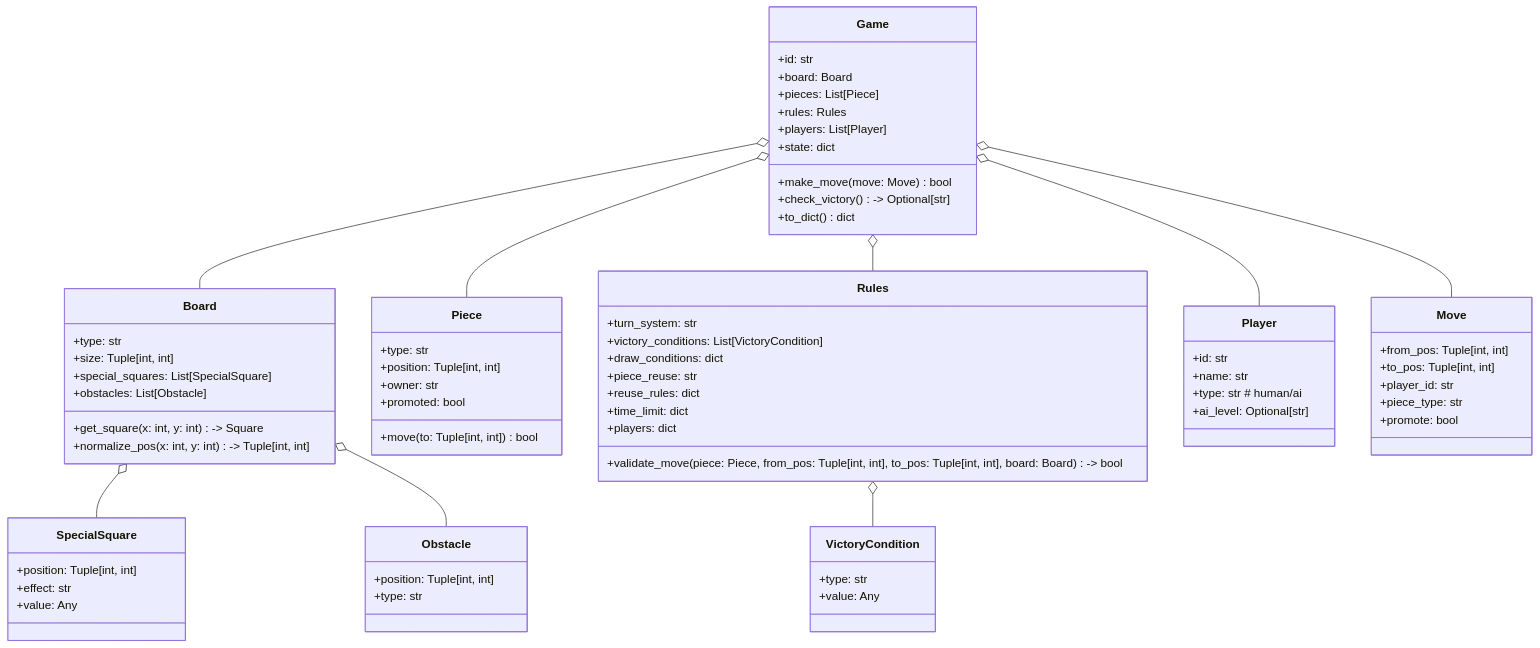
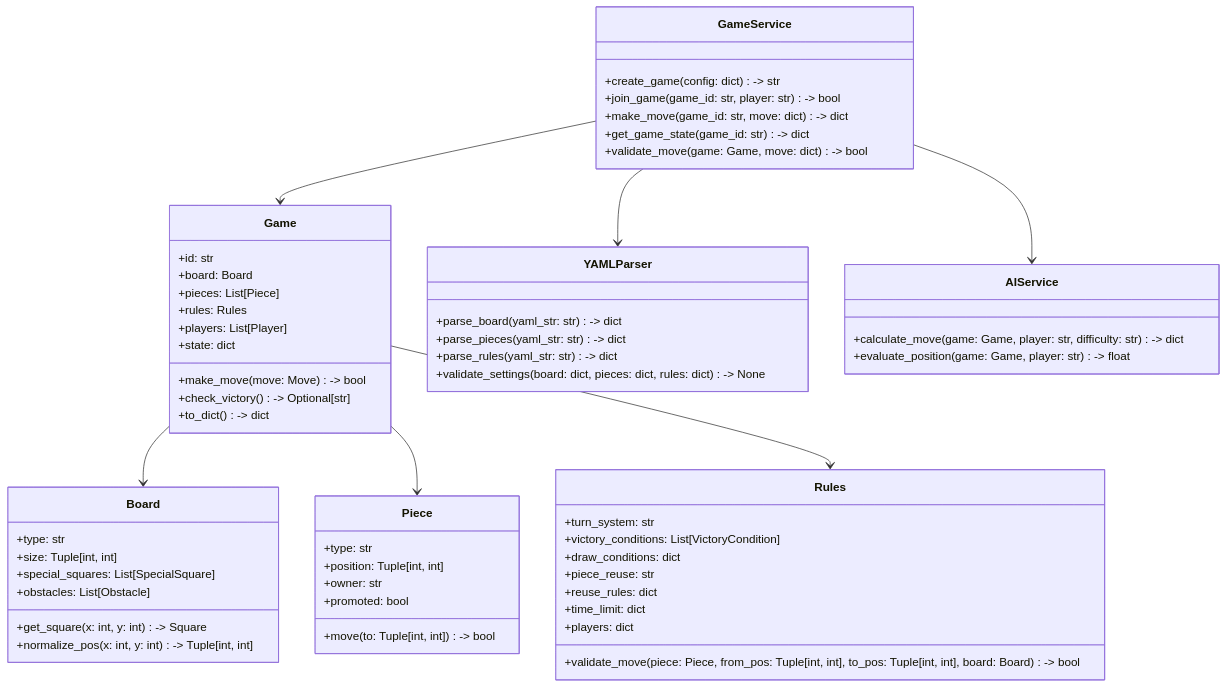
One commit to ikokeba/FelxiBoard changed the fifth of 5 diagrams in specifications/02_system_architecture.md. Above: the diagram before and after it, drawn with Mermaid. The commit also changed other lines of this file and 6 other files, not shown here.

````diff
--- a/specifications/02_system_architecture.md
+++ b/specifications/02_system_architecture.md
@@ -87,74 +202,69 @@
 ```mermaid
 classDiagram
-  class Game {
-    +id: str
-    +board: Board
-    +pieces: List[Piece]
-    +rules: Rules
-    +players: List[Player]
-    +state: dict
-    +make_move(move: Move) bool
-    +check_victory() -> Optional[str]
-    +to_dict() dict
-  }
-  class Board {
-    +type: str
-    +size: Tuple[int, int]
-    +special_squares: List[SpecialSquare]
-    +obstacles: List[Obstacle]
-    +get_square(x: int, y: int) -> Square
-    +normalize_pos(x: int, y: int) -> Tuple[int, int]
-  }
-  class Piece {
-    +type: str
-    +position: Tuple[int, int]
-    +owner: str
-    +promoted: bool
-    +move(to: Tuple[int, int]) bool
-  }
-  class Rules {
-    +turn_system: str
-    +victory_conditions: List[VictoryCondition]
-    +draw_conditions: dict
-    +piece_reuse: str
-    +reuse_rules: dict
-    +time_limit: dict
-    +players: dict
-    +validate_move(piece: Piece, from_pos: Tuple[int, int], to_pos: Tuple[int, int], board: Board) -> bool
-  }
-  class Player {
-    +id: str
-    +name: str
-    +type: str # human/ai
-    +ai_level: Optional[str]
-  }
-  class Move {
-    +from_pos: Tuple[int, int]
-    +to_pos: Tuple[int, int]
-    +player_id: str
-    +piece_type: str
-    +promote: bool
-  }
-  class SpecialSquare {
-    +position: Tuple[int, int]
-    +effect: str
-    +value: Any
-  }
-  class Obstacle {
-    +position: Tuple[int, int]
-    +type: str
-  }
-  class VictoryCondition {
-    +type: str
-    +value: Any
-  }
-
-  Game o-- Board
-  Game o-- Piece
-  Game o-- Rules
-  Game o-- Player
-  Game o-- Move
-  Board o-- SpecialSquare
-  Board o-- Obstacle
-  Rules o-- VictoryCondition
+    class GameService {
+        +create_game(config: dict) -> str
+        +join_game(game_id: str, player: str) -> bool
+        +make_move(game_id: str, move: dict) -> dict
+        +get_game_state(game_id: str) -> dict
+        +validate_move(game: Game, move: dict) -> bool
+    }
+    
+    class Game {
+        +id: str
+        +board: Board
+        +pieces: List[Piece]
+        +rules: Rules
+        +players: List[Player]
+        +state: dict
+        +make_move(move: Move) -> bool
+        +check_victory() -> Optional[str]
+        +to_dict() -> dict
+    }
+    
+    class Board {
+        +type: str
+        +size: Tuple[int, int]
+        +special_squares: List[SpecialSquare]
+        +obstacles: List[Obstacle]
+        +get_square(x: int, y: int) -> Square
+        +normalize_pos(x: int, y: int) -> Tuple[int, int]
+    }
+    
+    class Piece {
+        +type: str
+        +position: Tuple[int, int]
+        +owner: str
+        +promoted: bool
+        +move(to: Tuple[int, int]) -> bool
+    }
+    
+    class Rules {
+        +turn_system: str
+        +victory_conditions: List[VictoryCondition]
+        +draw_conditions: dict
+        +piece_reuse: str
+        +reuse_rules: dict
+        +time_limit: dict
+        +players: dict
+        +validate_move(piece: Piece, from_pos: Tuple[int, int], to_pos: Tuple[int, int], board: Board) -> bool
+    }
+    
+    class YAMLParser {
+        +parse_board(yaml_str: str) -> dict
+        +parse_pieces(yaml_str: str) -> dict
+        +parse_rules(yaml_str: str) -> dict
+        +validate_settings(board: dict, pieces: dict, rules: dict) -> None
+    }
+    
+    class AIService {
+        +calculate_move(game: Game, player: str, difficulty: str) -> dict
+        +evaluate_position(game: Game, player: str) -> float
+    }
+    
+    GameService --> Game
+    Game --> Board
+    Game --> Piece
+    Game --> Rules
+    GameService --> YAMLParser
+    GameService --> AIService
 ```
````
